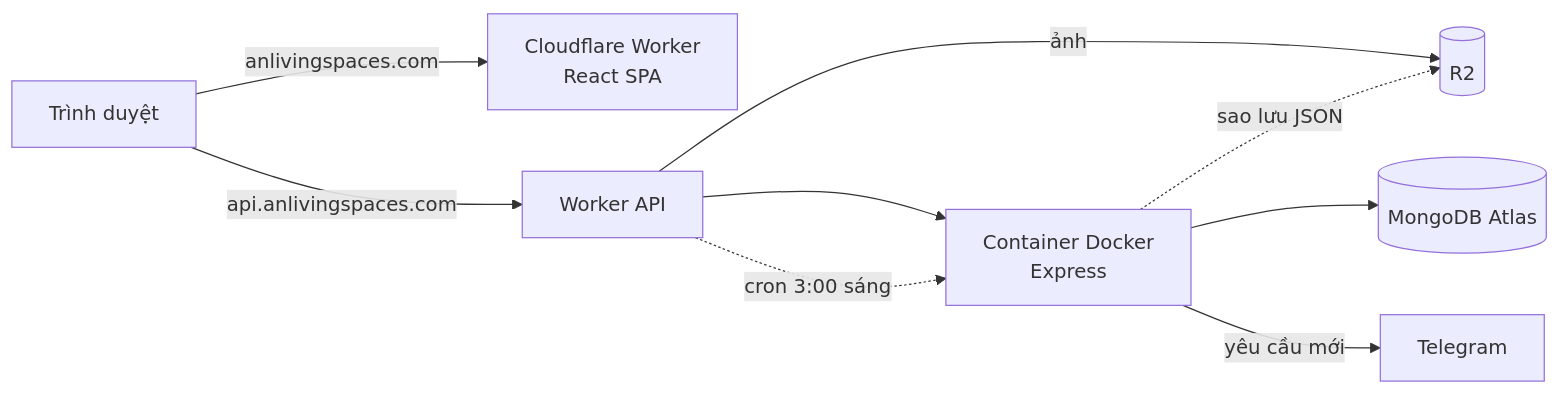
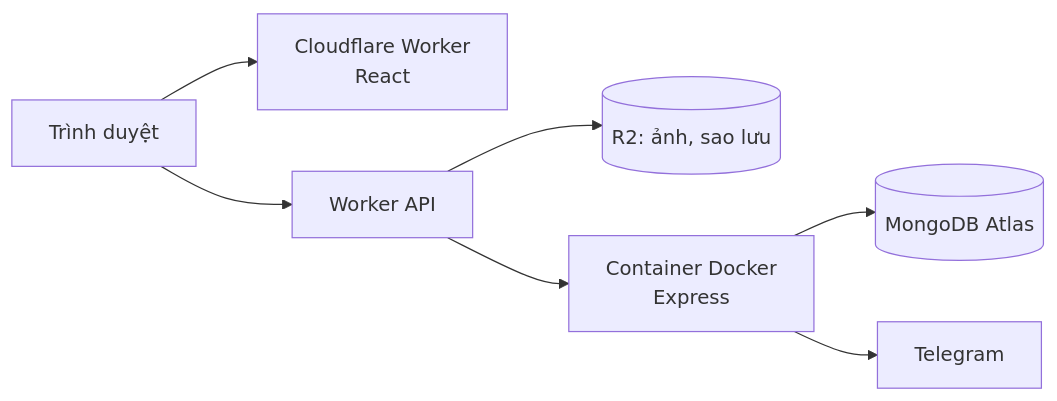
Before and after one commit to ntoan64/anliving: the diagram in README.md, drawn with Mermaid. The commit also changed other lines of this file, not shown here.

````diff
--- a/README.md
+++ b/README.md
@@ -98,10 +59,9 @@
 ```mermaid
 flowchart LR
-  K[Trình duyệt] -->|anlivingspaces.com| FE[Cloudflare Worker<br/>React SPA]
-  K -->|api.anlivingspaces.com| W[Worker API]
-  W -->|ảnh| R2[(R2)]
+  K[Trình duyệt] --> FE[Cloudflare Worker<br/>React]
+  K --> W[Worker API]
+  W --> R2[(R2: ảnh, sao lưu)]
   W --> C[Container Docker<br/>Express]
   C --> DB[(MongoDB Atlas)]
-  C -->|yêu cầu mới| TG[Telegram]
-  W -. cron 3:00 sáng .-> C -. sao lưu JSON .-> R2
+  C --> TG[Telegram]
 ```
````
